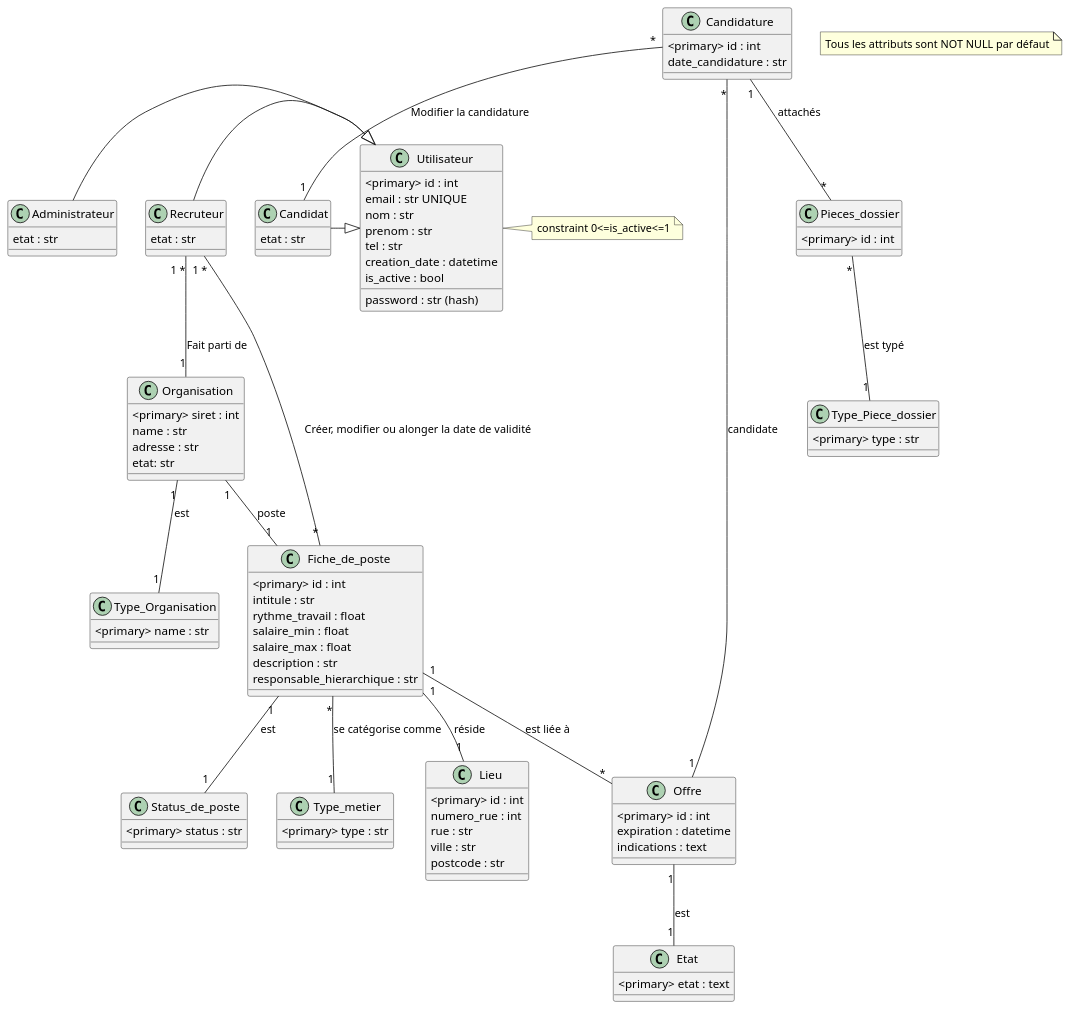
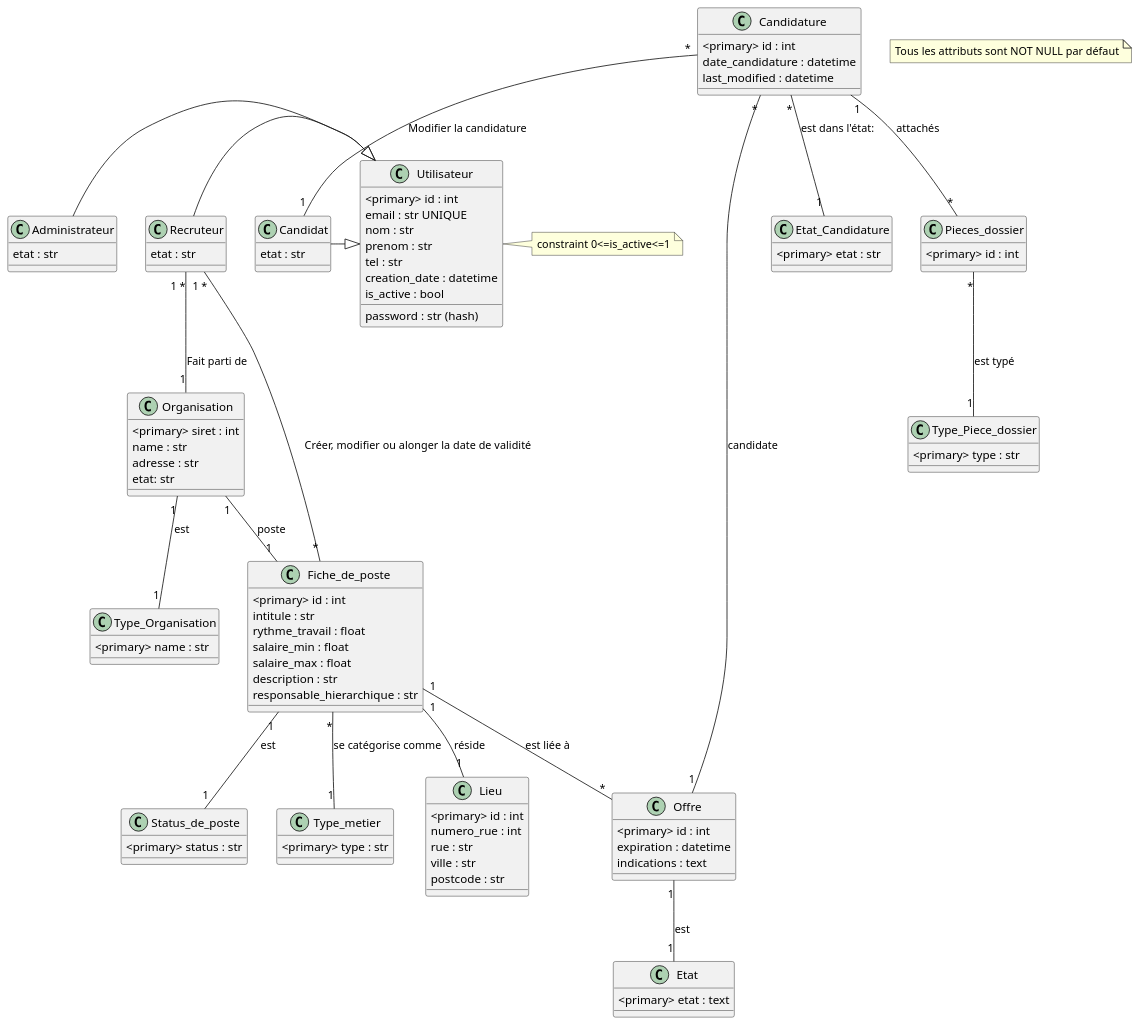
One commit to alexandreeberhardt/SR10_Website changed the diagram in structure/UML.puml. Above: the diagram before and after it, drawn with PlantUML.

Commit message:
modified usecase

```diff
--- a/structure/UML.puml
+++ b/structure/UML.puml
@@ -1,114 +1,118 @@
 @startuml
 note "Tous les attributs sont NOT NULL par défaut" as note
 
 
 class Utilisateur{
   <primary> id : int
   email : str UNIQUE
   password : str (hash)
   nom : str
   prenom : str
   tel : str
   creation_date : datetime
   is_active : bool
 }
 note right
   constraint 0<=is_active<=1
 end note
 
 class Administrateur{
   etat : str
 }
 
 class Candidat{
     etat : str
 }
 
 class Recruteur{
     etat : str
 }
 
 
 
 class Type_Organisation{
   <primary> name : str
 }
 
 class Organisation{
   <primary> siret : int
   name : str
   adresse : str
   etat: str
 }
 
 class Etat{
   <primary> etat : text
 }
 
 class Offre{
   <primary> id : int
   expiration : datetime
   indications : text
 }
 
 class Fiche_de_poste{
   <primary> id : int
   intitule : str
   rythme_travail : float
   salaire_min : float
   salaire_max : float
   description : str
   responsable_hierarchique : str
 
 }
 
 class Status_de_poste{
   <primary> status : str
 }
 class Type_metier{
   <primary> type : str
 }
 
 class Lieu{
   <primary> id : int
   numero_rue : int
   rue : str
   ville : str
   postcode : str 
 }
 
 class Candidature{
   <primary> id : int
-  date_candidature : str
+  date_candidature : datetime
+  last_modified : datetime
+}
 
+class Etat_Candidature{
+  <primary> etat : str
 }
 
 class Pieces_dossier{
   <primary> id : int
 }
 
 class Type_Piece_dossier{
   <primary> type : str
 }
 
 Pieces_dossier "*" -- "1" Type_Piece_dossier : "est typé"
 
 Fiche_de_poste "*" -- "1" Type_metier : "se catégorise comme"
-
+Candidature "*" -- "1" Etat_Candidature : "est dans l'état:"
 Candidature "*" -- "1" Candidat : "Modifier la candidature"
 Candidature "*" -- "1" Offre : "candidate"
 Candidature "1" -- "*" Pieces_dossier : "attachés"
 Offre "1" -- "1" Etat : "est" 
 Administrateur -|> Utilisateur
 Recruteur -|> Utilisateur
 Candidat -|> Utilisateur
 Organisation "1" -- "1" Type_Organisation : "est"
 Organisation "1" -- "1" Fiche_de_poste : "poste"
 Fiche_de_poste "1" -- "*" Offre : "est liée à"
 Fiche_de_poste "1" -- "1" Status_de_poste : "est"
 Fiche_de_poste "1" -- "1" Lieu : "réside"
 Fiche_de_poste "*" -- "1 *" Recruteur : "Créer, modifier ou alonger la date de validité"
 Recruteur "1 *" -- "1" Organisation : "Fait parti de"
 
 
 @enduml
```
